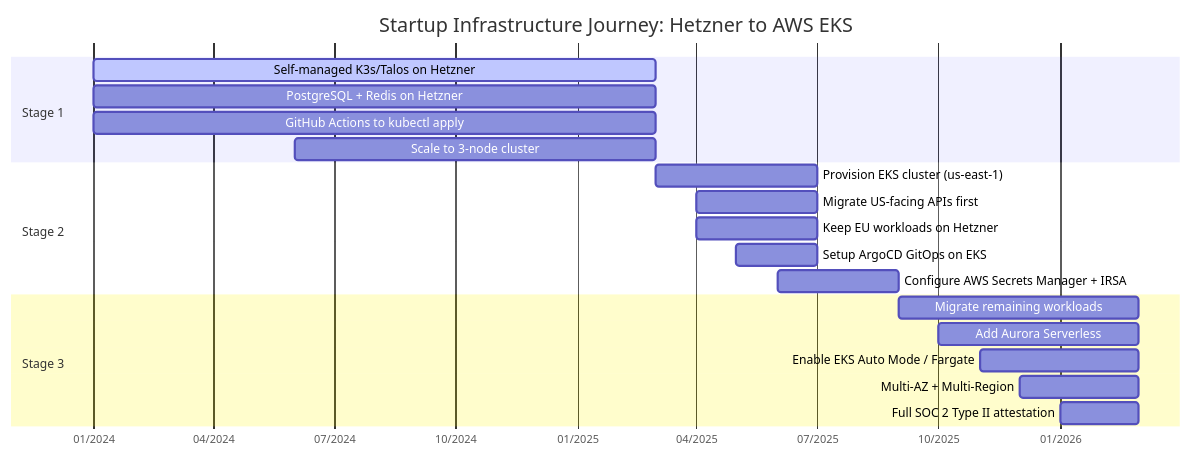
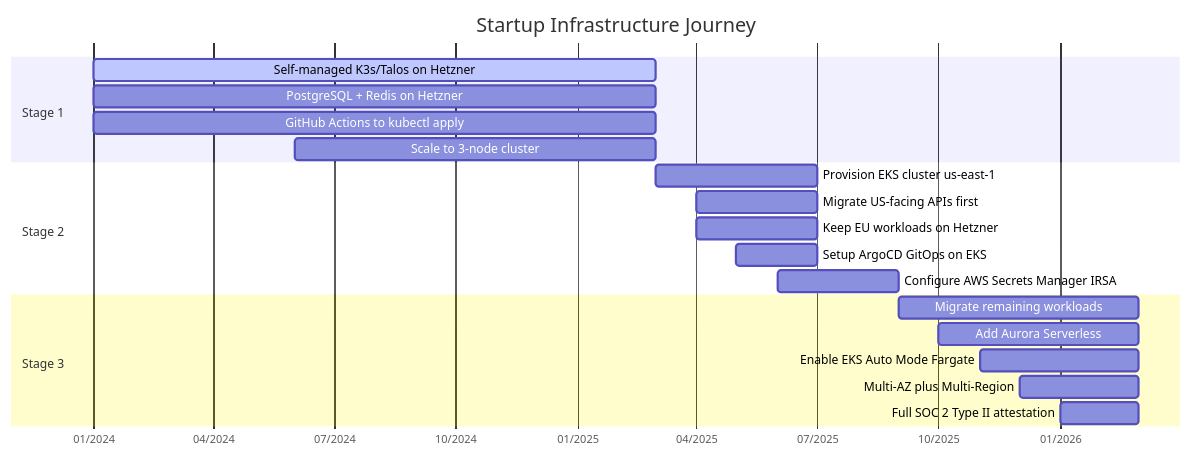
The seventh of 10 diagrams in README.md (DurianLAB/hetzner-to-eks), drawn with Mermaid before and after one commit. The commit also changed other lines of this file, not shown here.

````diff
--- a/README.md
+++ b/README.md
@@ -486,26 +401,26 @@
 ```mermaid
 gantt
-    title Startup Infrastructure Journey: Hetzner to AWS EKS
+    title Startup Infrastructure Journey
     dateFormat  YYYY-MM
     axisFormat  %m/%Y
 
     section Stage 1
     Self-managed K3s/Talos on Hetzner   :active, t1, 2024-01, 2025-03
     PostgreSQL + Redis on Hetzner        :t1, 2024-01, 2025-03
     GitHub Actions to kubectl apply      :t1, 2024-01, 2025-03
     Scale to 3-node cluster             :t1, 2024-06, 2025-03
 
     section Stage 2
-    Provision EKS cluster (us-east-1)   :t2, 2025-03, 2025-07
+    Provision EKS cluster us-east-1      :t2, 2025-03, 2025-07
     Migrate US-facing APIs first        :t2, 2025-04, 2025-07
-    Keep EU workloads on Hetzner        :t2, 2025-04, 2025-07
+    Keep EU workloads on Hetzner       :t2, 2025-04, 2025-07
     Setup ArgoCD GitOps on EKS          :t2, 2025-05, 2025-07
-    Configure AWS Secrets Manager + IRSA :t2, 2025-06, 2025-09
+    Configure AWS Secrets Manager IRSA   :t2, 2025-06, 2025-09
 
     section Stage 3
     Migrate remaining workloads         :t3, 2025-09, 2026-03
     Add Aurora Serverless              :t3, 2025-10, 2026-03
-    Enable EKS Auto Mode / Fargate      :t3, 2025-11, 2026-03
-    Multi-AZ + Multi-Region            :t3, 2025-12, 2026-03
-    Full SOC 2 Type II attestation      :t3, 2026-01, 2026-03
+    Enable EKS Auto Mode Fargate        :t3, 2025-11, 2026-03
+    Multi-AZ plus Multi-Region          :t3, 2025-12, 2026-03
+    Full SOC 2 Type II attestation     :t3, 2026-01, 2026-03
 ```
````
